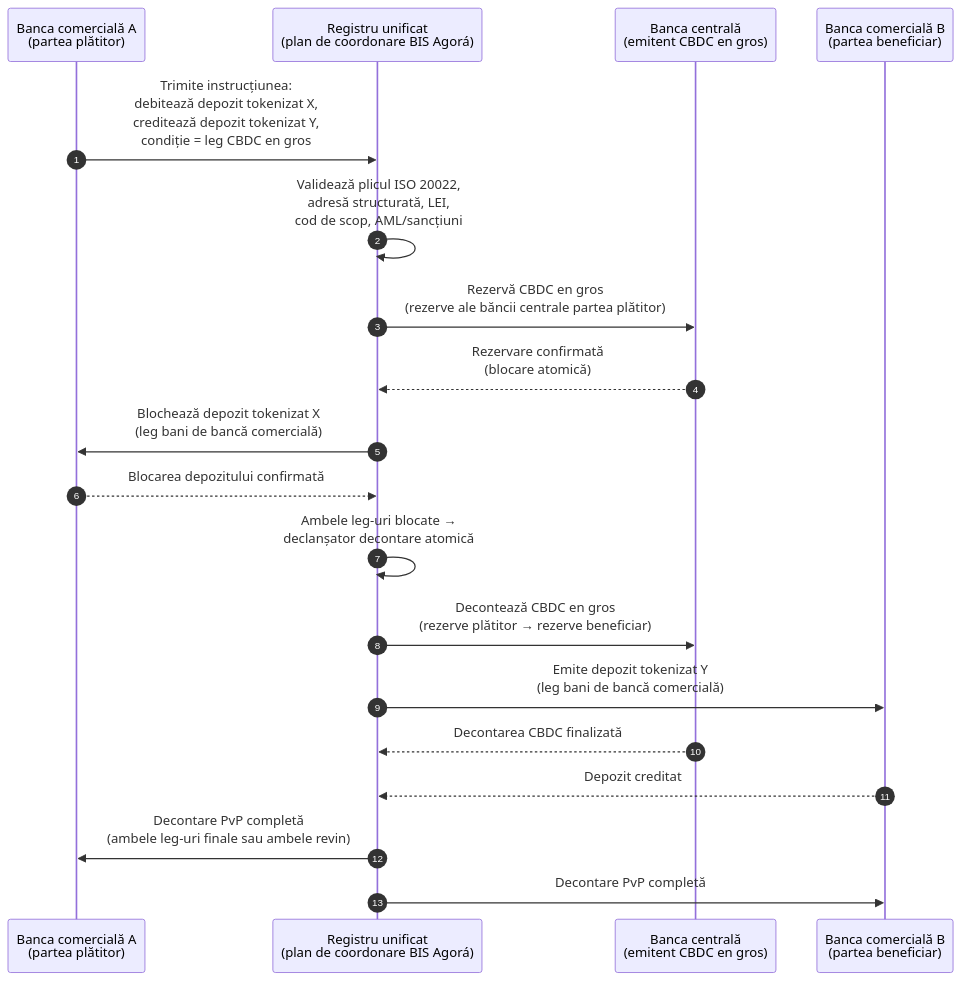
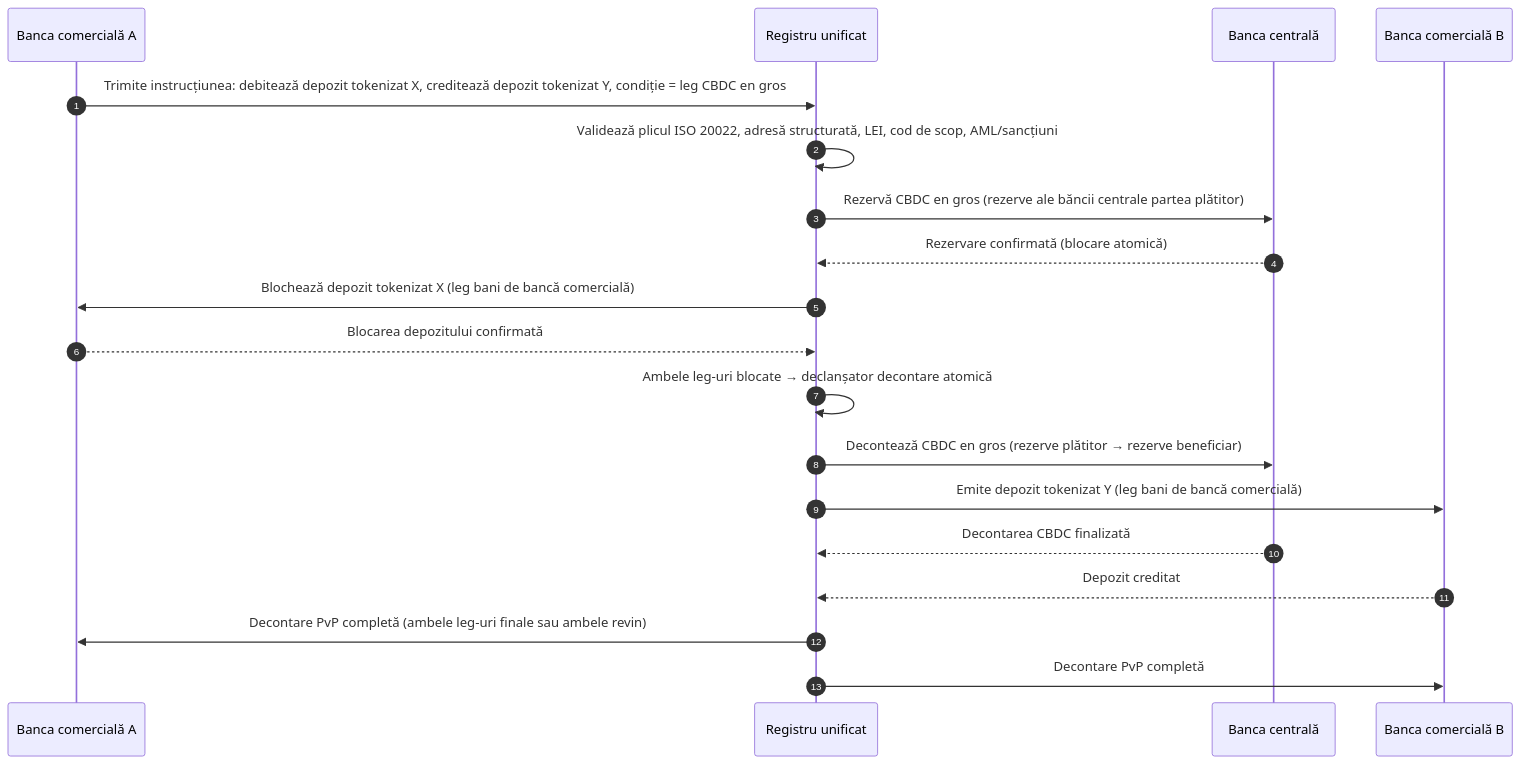
The diagram in _posts/ro/2026-06-06-wholesale-payments-index-iso20022-tokenised-deposits-cross-border-2026.md (sebastienrousseau/sebastienrousseau.github.io), drawn with Mermaid before and after one commit. The commit also changed 2231 other files, not shown here.

First line of the commit message:
fix(mermaid): unblock Mermaid v10 rendering end-to-end (#198)

````diff
--- a/_posts/ro/2026-06-06-wholesale-payments-index-iso20022-tokenised-deposits-cross-border-2026.md
+++ b/_posts/ro/2026-06-06-wholesale-payments-index-iso20022-tokenised-deposits-cross-border-2026.md
@@ -170,22 +170,21 @@
 ```mermaid
 sequenceDiagram
     autonumber
-    participant CB_A as Banca comercială A<br/>(partea plătitor)
-    participant UL as Registru unificat<br/>(plan de coordonare BIS Agorá)
-    participant CBNK as Banca centrală<br/>(emitent CBDC en gros)
-    participant CB_B as Banca comercială B<br/>(partea beneficiar)
-
-    CB_A->>UL: Trimite instrucțiunea:<br/>debitează depozit tokenizat X,<br/>creditează depozit tokenizat Y,<br/>condiție = leg CBDC en gros
-    UL->>UL: Validează plicul ISO 20022,<br/>adresă structurată, LEI,<br/>cod de scop, AML/sancțiuni
-    UL->>CBNK: Rezervă CBDC en gros<br/>(rezerve ale băncii centrale partea plătitor)
-    CBNK-->>UL: Rezervare confirmată<br/>(blocare atomică)
-    UL->>CB_A: Blochează depozit tokenizat X<br/>(leg bani de bancă comercială)
+    participant CB_A as Banca comercială A
+    participant UL as Registru unificat
+    participant CBNK as Banca centrală
+    participant CB_B as Banca comercială B
+    CB_A->>UL: Trimite instrucțiunea: debitează depozit tokenizat X, creditează depozit tokenizat Y, condiție = leg CBDC en gros
+    UL->>UL: Validează plicul ISO 20022, adresă structurată, LEI, cod de scop, AML/sancțiuni
+    UL->>CBNK: Rezervă CBDC en gros (rezerve ale băncii centrale partea plătitor)
+    CBNK-->>UL: Rezervare confirmată (blocare atomică)
+    UL->>CB_A: Blochează depozit tokenizat X (leg bani de bancă comercială)
     CB_A-->>UL: Blocarea depozitului confirmată
-    UL->>UL: Ambele leg-uri blocate →<br/>declanșator decontare atomică
-    UL->>CBNK: Decontează CBDC en gros<br/>(rezerve plătitor → rezerve beneficiar)
-    UL->>CB_B: Emite depozit tokenizat Y<br/>(leg bani de bancă comercială)
+    UL->>UL: Ambele leg-uri blocate → declanșator decontare atomică
+    UL->>CBNK: Decontează CBDC en gros (rezerve plătitor → rezerve beneficiar)
+    UL->>CB_B: Emite depozit tokenizat Y (leg bani de bancă comercială)
     CBNK-->>UL: Decontarea CBDC finalizată
     CB_B-->>UL: Depozit creditat
-    UL->>CB_A: Decontare PvP completă<br/>(ambele leg-uri finale sau ambele revin)
+    UL->>CB_A: Decontare PvP completă (ambele leg-uri finale sau ambele revin)
     UL->>CB_B: Decontare PvP completă
 ```
````
